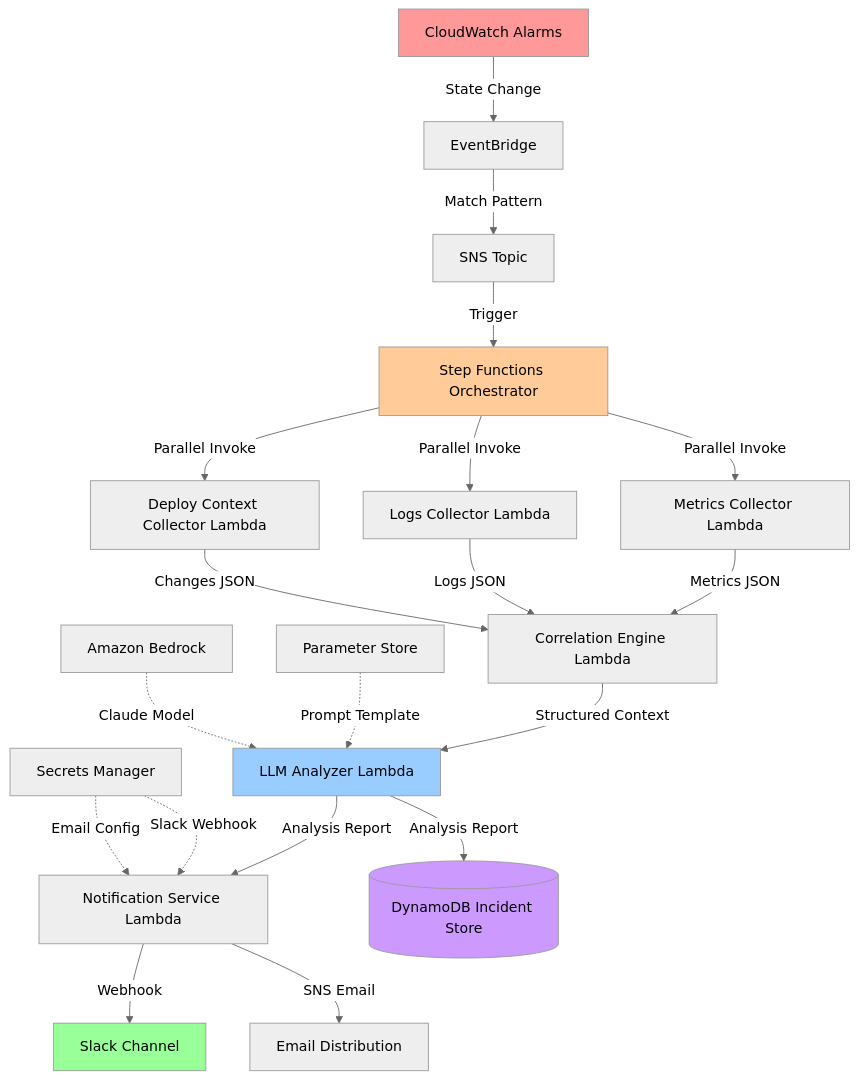
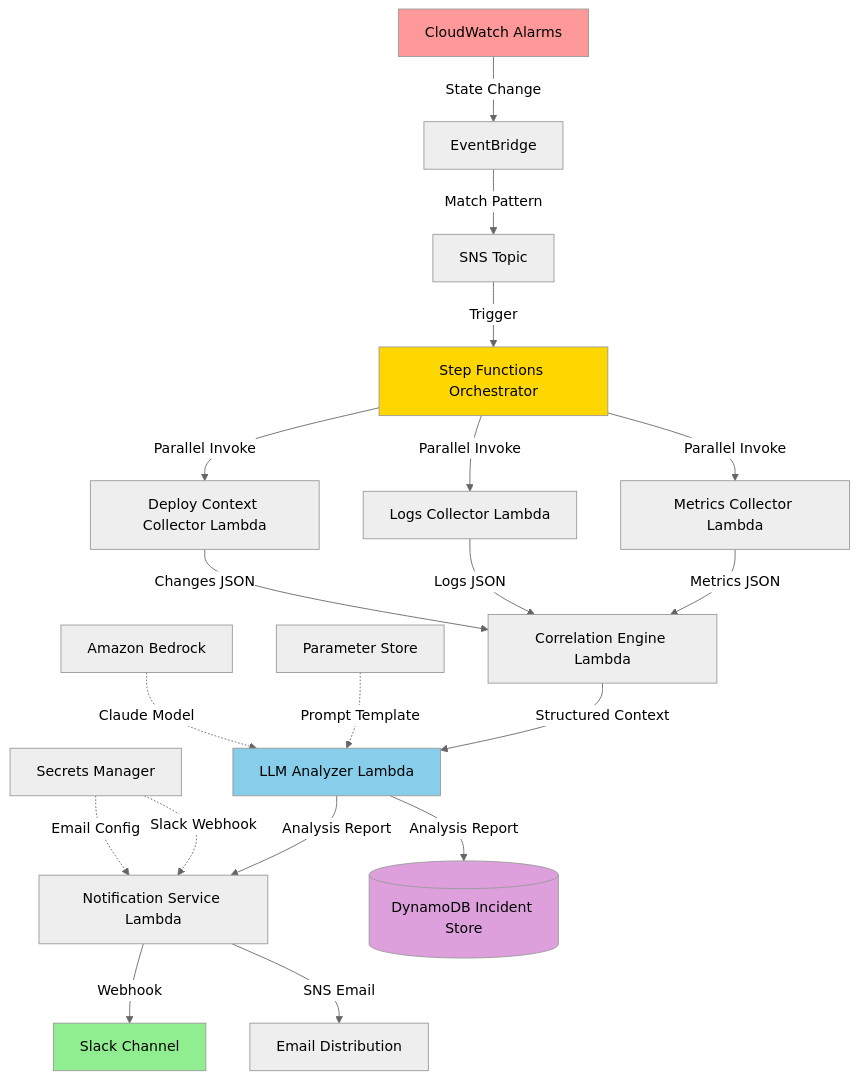
The diagram in README.md (iEric0228/AI-SRE-INCIDENT-ANALYSIS-SYSTEM-AWS-), drawn with Mermaid (neutral theme) before and after one commit. The commit also changed other lines of this file and 1 other file, not shown here.

Commit message:
Fixed pytest --cov

````diff
--- a/README.md
+++ b/README.md
@@ -38,32 +38,32 @@
 ```mermaid
 graph TB
     CW[CloudWatch Alarms] -->|State Change| EB[EventBridge]
     EB -->|Match Pattern| SNS[SNS Topic]
     SNS -->|Trigger| SF[Step Functions Orchestrator]
     
     SF -->|Parallel Invoke| MC[Metrics Collector Lambda]
     SF -->|Parallel Invoke| LC[Logs Collector Lambda]
     SF -->|Parallel Invoke| DC[Deploy Context Collector Lambda]
     
     MC -->|Metrics JSON| CE[Correlation Engine Lambda]
     LC -->|Logs JSON| CE
     DC -->|Changes JSON| CE
     
     CE -->|Structured Context| LLM[LLM Analyzer Lambda]
     LLM -->|Analysis Report| NS[Notification Service Lambda]
     LLM -->|Analysis Report| DB[(DynamoDB Incident Store)]
     
     NS -->|Webhook| Slack[Slack Channel]
     NS -->|SNS Email| Email[Email Distribution]
     
     SM[Secrets Manager] -.->|Slack Webhook| NS
     SM -.->|Email Config| NS
     PS[Parameter Store] -.->|Prompt Template| LLM
     BR[Amazon Bedrock] -.->|Claude Model| LLM
     
     style CW fill:#ff9999
-    style SF fill:#ffcc99
-    style LLM fill:#99ccff
-    style DB fill:#cc99ff
-    style Slack fill:#99ff99
+    style SF fill:#ffd700
+    style LLM fill:#87ceeb
+    style DB fill:#dda0dd
+    style Slack fill:#90ee90
 ```
````
